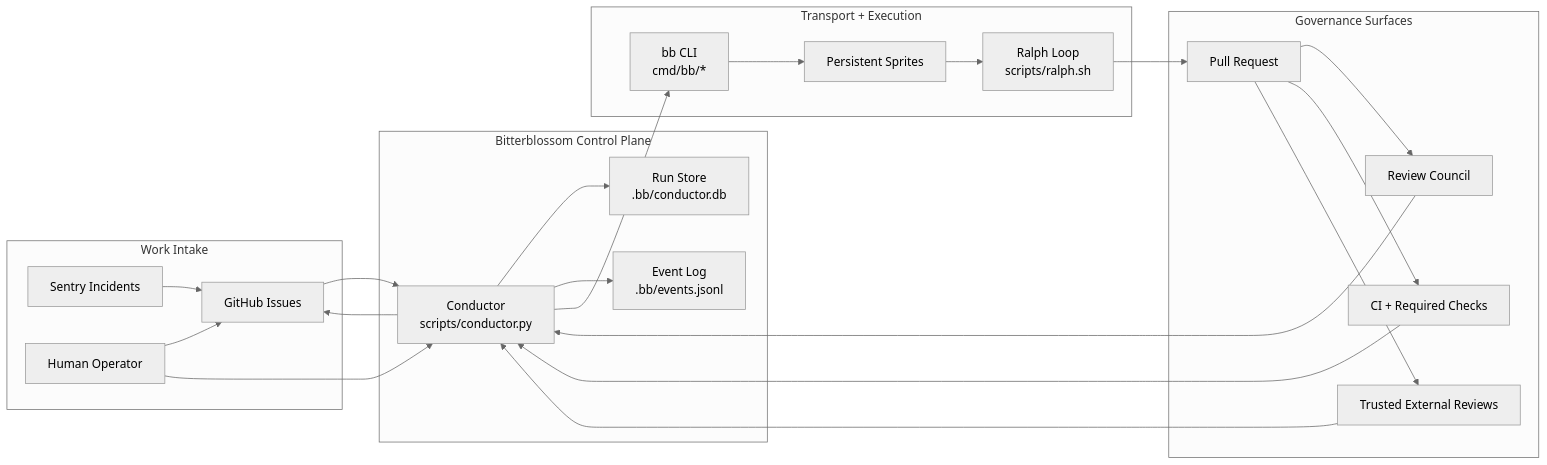
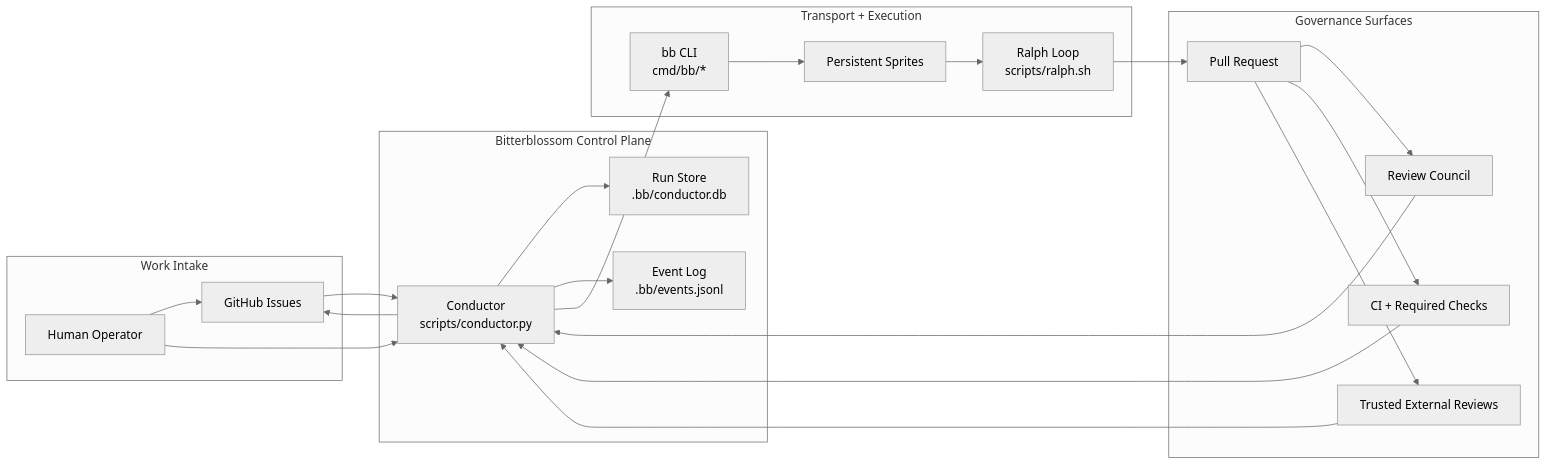
One commit to misty-step/bitterblossom changed the first of 2 diagrams in docs/architecture/README.md. Above: the diagram before and after it, drawn with Mermaid (neutral theme). The commit also changed other lines of this file and 5 other files, not shown here.

````diff
--- a/docs/architecture/README.md
+++ b/docs/architecture/README.md
@@ -19,45 +21,43 @@
 ```mermaid
 flowchart LR
     subgraph Inputs["Work Intake"]
         GH["GitHub Issues"]
-        Sentry["Sentry Incidents"]
         Ops["Human Operator"]
     end
 
     subgraph Control["Bitterblossom Control Plane"]
         Conductor["Conductor\nscripts/conductor.py"]
         DB["Run Store\n.bb/conductor.db"]
         Events["Event Log\n.bb/events.jsonl"]
     end
 
     subgraph Runtime["Transport + Execution"]
         BB["bb CLI\ncmd/bb/*"]
         Ralph["Ralph Loop\nscripts/ralph.sh"]
         Sprites["Persistent Sprites"]
     end
 
     subgraph Review["Governance Surfaces"]
         PR["Pull Request"]
         CI["CI + Required Checks"]
         Council["Review Council"]
         External["Trusted External Reviews"]
     end
 
     GH --> Conductor
-    Sentry --> GH
     Ops --> GH
     Ops --> Conductor
     Conductor --> DB
     Conductor --> Events
     Conductor --> BB
     BB --> Sprites
     Sprites --> Ralph
     Ralph --> PR
     PR --> Council
     PR --> CI
     PR --> External
     Council --> Conductor
     CI --> Conductor
     External --> Conductor
     Conductor --> GH
 ```
````
